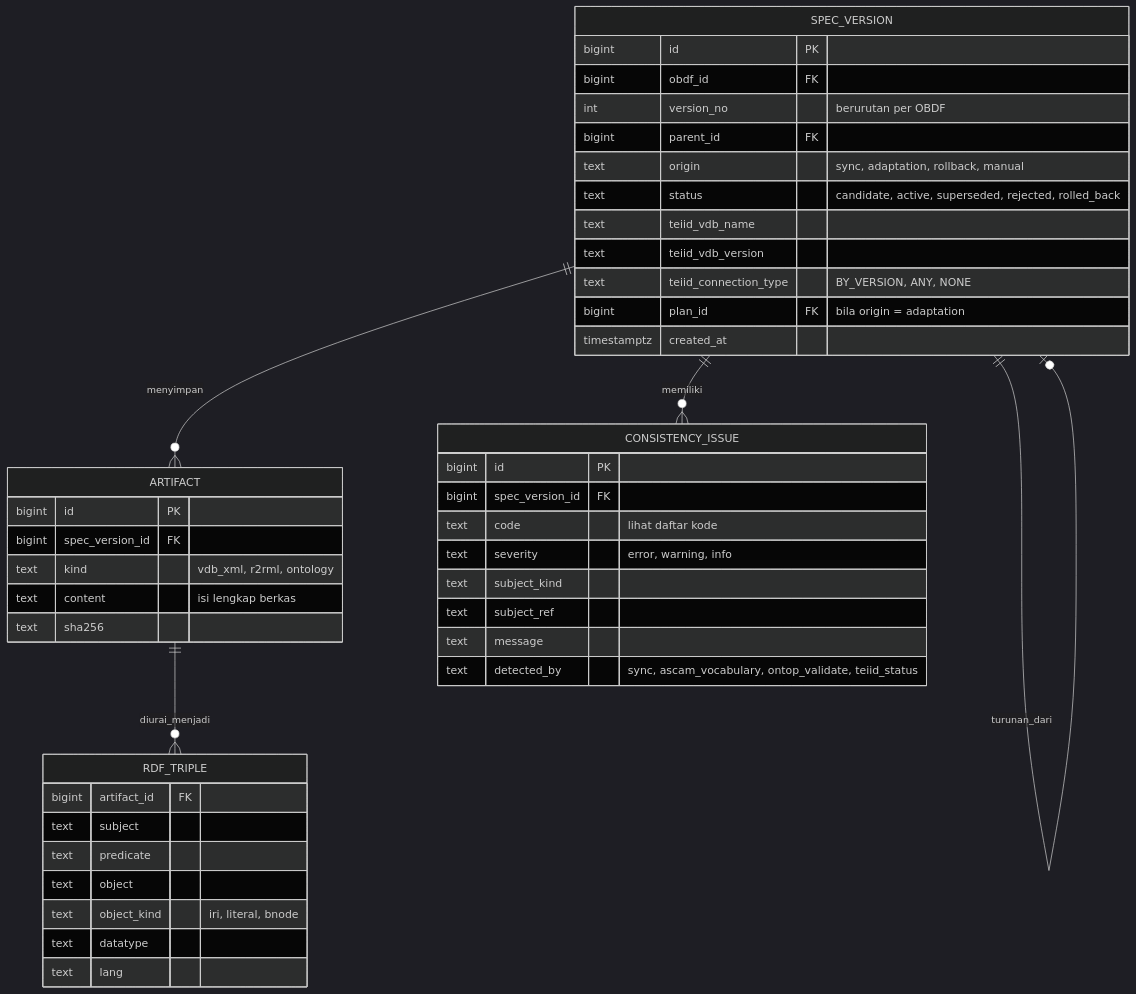
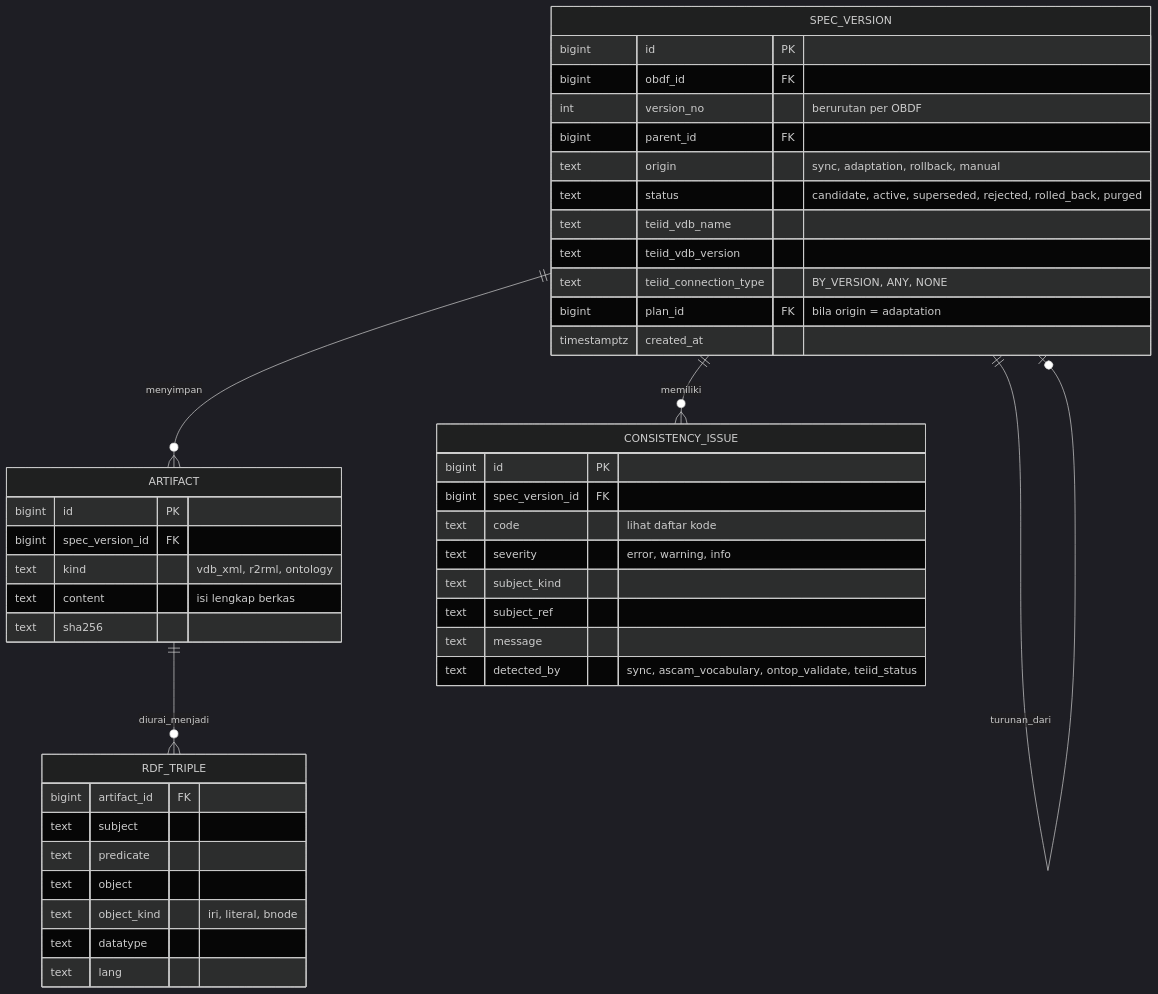
Before and after one commit to rahilaode/data-federation-dev: the second of 7 diagrams in docs/knowledge/README.md, drawn with Mermaid (dark theme). The commit also changed other lines of this file and 26 other files, not shown here.

````diff
--- a/docs/knowledge/README.md
+++ b/docs/knowledge/README.md
@@ -129,47 +129,47 @@
 ```mermaid
 erDiagram
     SPEC_VERSION ||--o{ ARTIFACT : menyimpan
     SPEC_VERSION ||--o| SPEC_VERSION : turunan_dari
     ARTIFACT ||--o{ RDF_TRIPLE : diurai_menjadi
     SPEC_VERSION ||--o{ CONSISTENCY_ISSUE : memiliki
 
     SPEC_VERSION {
         bigint id PK
         bigint obdf_id FK
         int version_no "berurutan per OBDF"
         bigint parent_id FK
         text origin "sync, adaptation, rollback, manual"
-        text status "candidate, active, superseded, rejected, rolled_back"
+        text status "candidate, active, superseded, rejected, rolled_back, purged"
         text teiid_vdb_name
         text teiid_vdb_version
         text teiid_connection_type "BY_VERSION, ANY, NONE"
         bigint plan_id FK "bila origin = adaptation"
         timestamptz created_at
     }
     ARTIFACT {
         bigint id PK
         bigint spec_version_id FK
         text kind "vdb_xml, r2rml, ontology"
         text content "isi lengkap berkas"
         text sha256
     }
     RDF_TRIPLE {
         bigint artifact_id FK
         text subject
         text predicate
         text object
         text object_kind "iri, literal, bnode"
         text datatype
         text lang
     }
     CONSISTENCY_ISSUE {
         bigint id PK
         bigint spec_version_id FK
         text code "lihat daftar kode"
         text severity "error, warning, info"
         text subject_kind
         text subject_ref
         text message
         text detected_by "sync, ascam_vocabulary, ontop_validate, teiid_status"
     }
 ```
````
